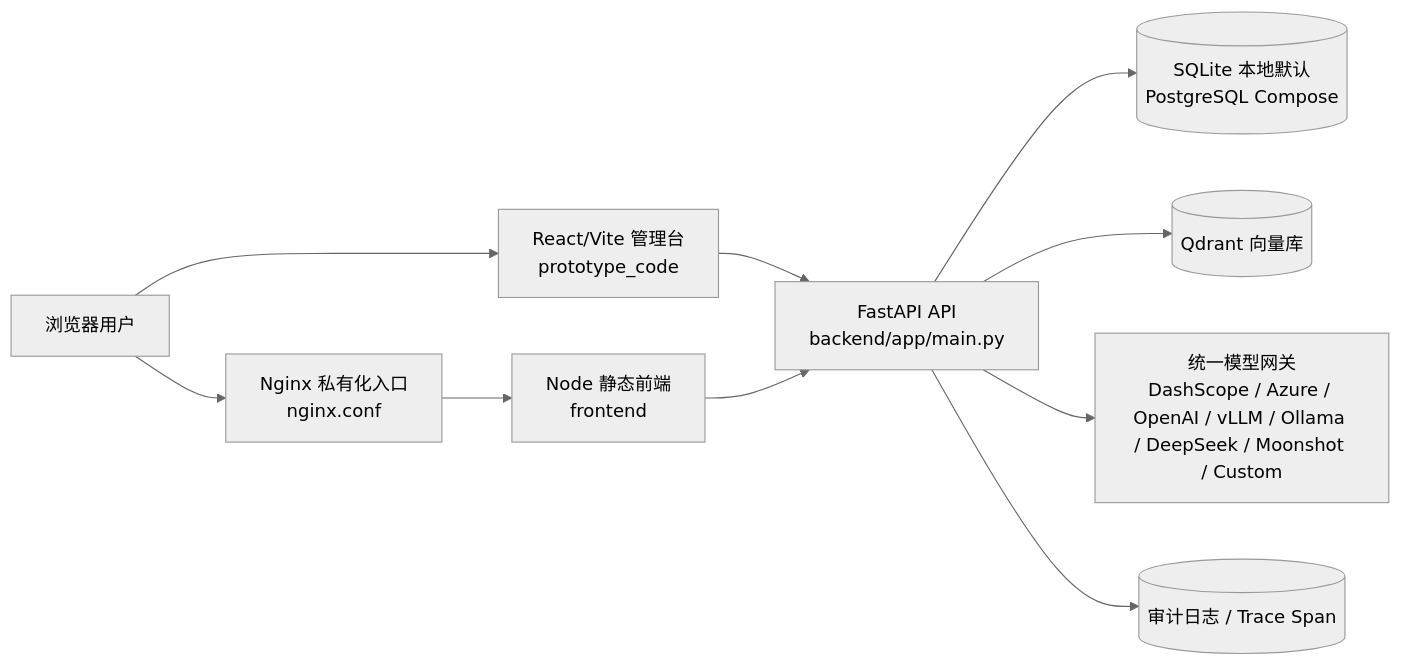
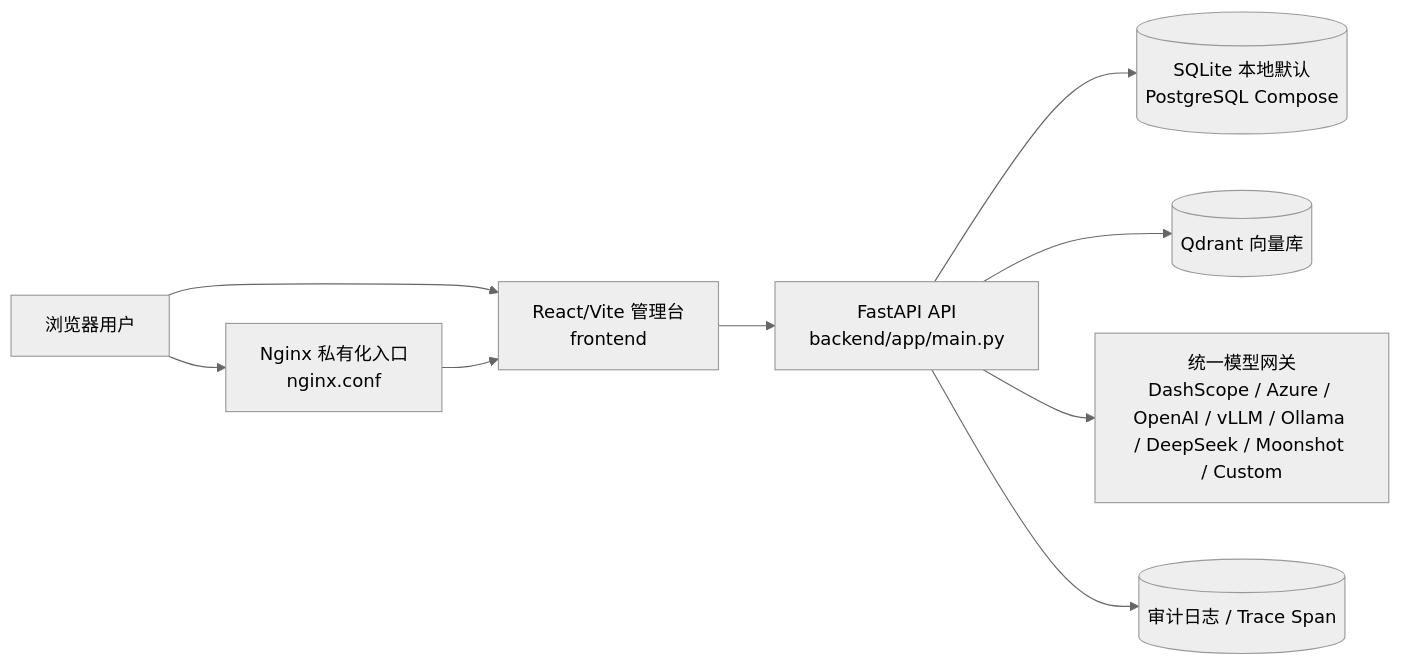
The diagram in README.md (YuSec2021/material-platform), drawn with Mermaid (neutral theme) before and after one commit. The commit also changed other lines of this file and 218 other files, not shown here.

````diff
--- a/README.md
+++ b/README.md
@@ -18,12 +18,11 @@
 ```mermaid
 flowchart LR
-    User["浏览器用户"] --> ReactUI["React/Vite 管理台<br/>prototype_code"]
+    User["浏览器用户"] --> ReactUI["React/Vite 管理台<br/>frontend"]
     User --> Nginx["Nginx 私有化入口<br/>nginx.conf"]
-    Nginx --> StaticUI["Node 静态前端<br/>frontend"]
+    Nginx --> ReactUI
     ReactUI --> API["FastAPI API<br/>backend/app/main.py"]
-    StaticUI --> API
     API --> DB[("SQLite 本地默认<br/>PostgreSQL Compose")]
     API --> Qdrant[("Qdrant 向量库")]
     API --> LLM["统一模型网关<br/>DashScope / Azure / OpenAI / vLLM / Ollama / DeepSeek / Moonshot / Custom"]
     API --> Audit[("审计日志 / Trace Span")]
 ```
````
